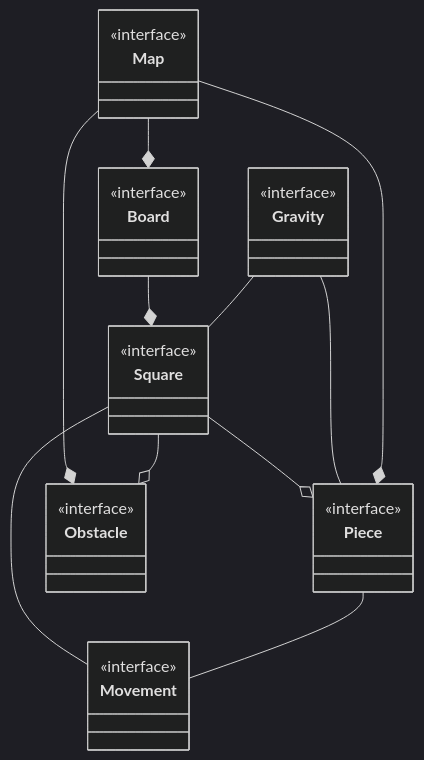
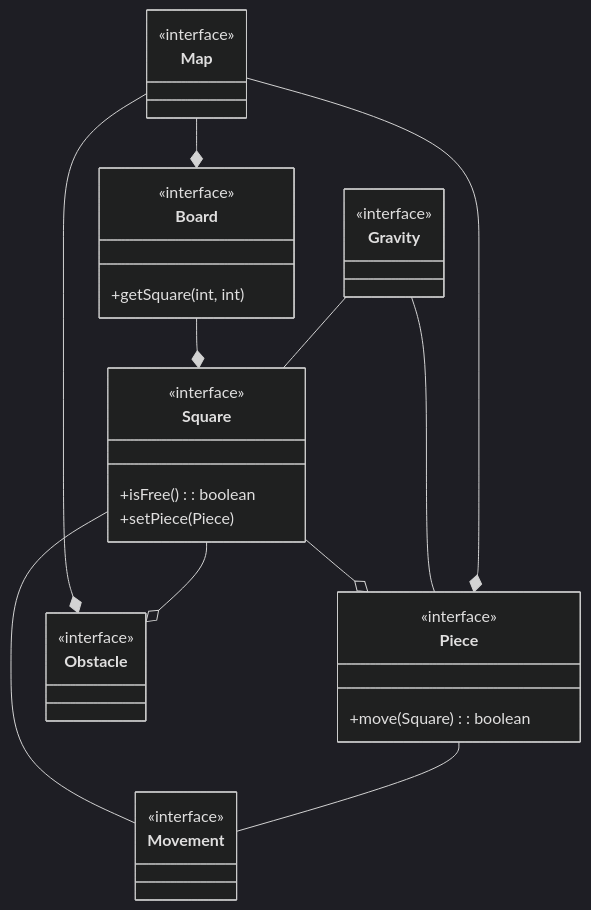
The diagram in README.md (alessandroArrighi/pss23-24-ChessGravity-Arrighi), drawn with Mermaid (dark theme) before and after one commit. The commit also changed other lines of this file, not shown here.

Commit message:
update 'Analisi modello' paragraph

````diff
--- a/README.md
+++ b/README.md
@@ -43,35 +43,42 @@
 ```mermaid
 classDiagram
 
-class Map
+class Map 
 <<interface>> Map
 
-class Piece
+class Piece {
+    +move(Square): boolean
+}
 <<interface>> Piece
 
-class Board
+class Board {
+    +getSquare(int, int)
+}
 <<interface>> Board
 
-class Square
+class Square {
+    +isFree(): boolean
+    +setPiece(Piece)
+}
 <<interface>> Square
 
 class Obstacle
 <<interface>> Obstacle
 
 class Movement
 <<interface>> Movement
 
 class Gravity
 <<interface>> Gravity
 
 Square --o Piece
 Map --* Board
 Gravity -- Piece
 Map --* Obstacle
 Square -- Movement
 Map --* Piece
 Piece -- Movement
 Board --* Square
 Square --o Obstacle
 Gravity -- Square
 ```
````
